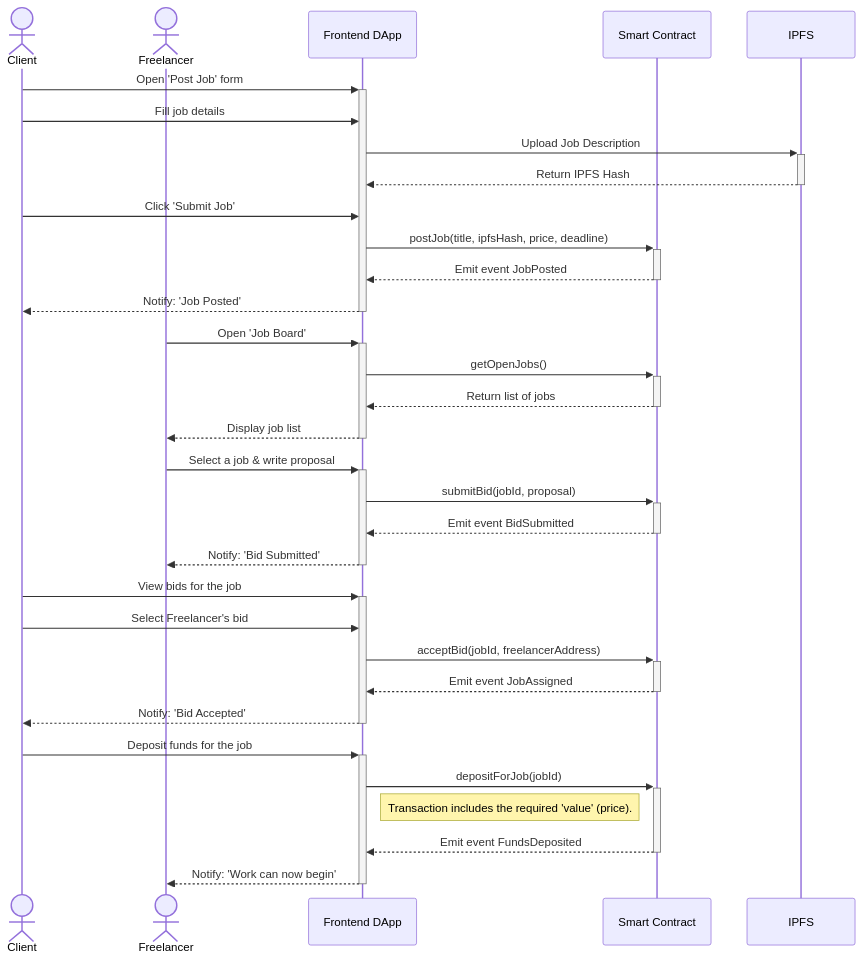
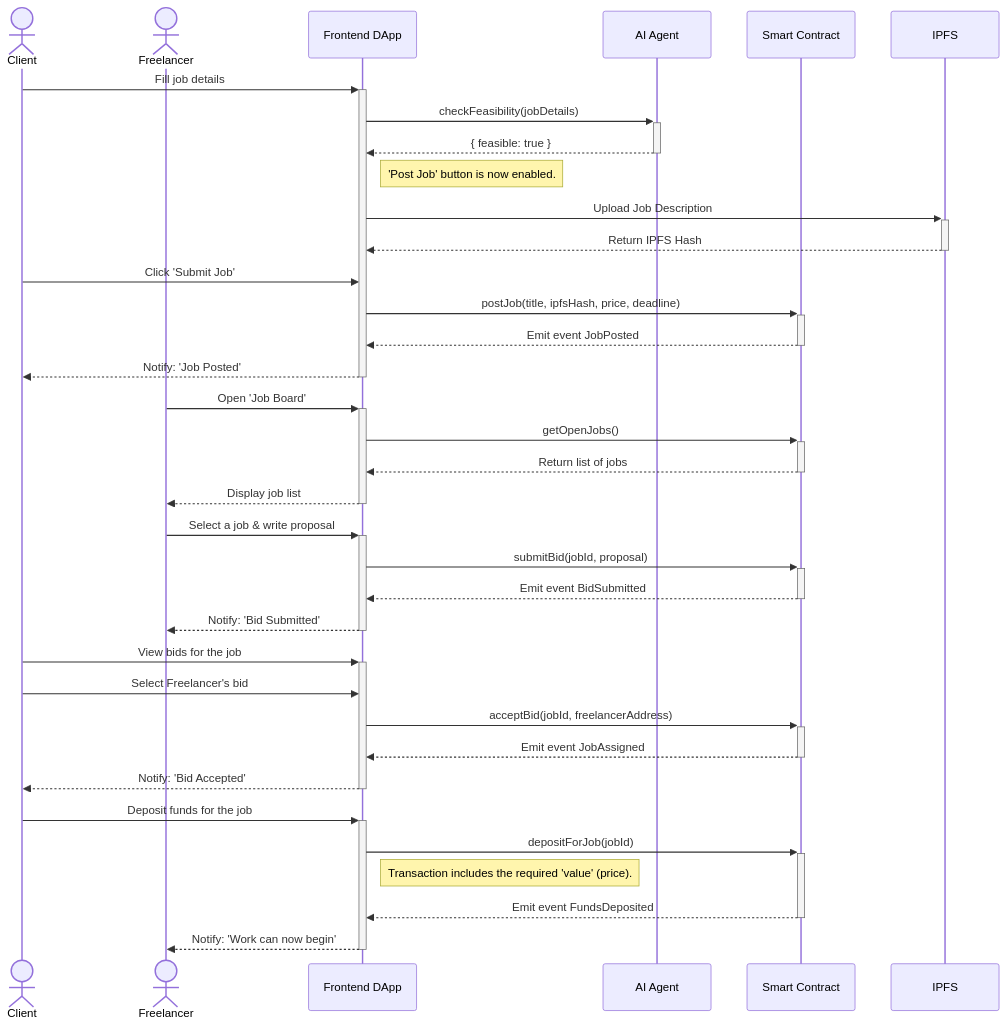
Before and after one commit to zetrosoft/verifi-app: the fourth of 5 diagrams in doc/development_plan.md, drawn with Mermaid. The commit also changed other lines of this file and 46 other files, not shown here.

````diff
--- a/doc/development_plan.md
+++ b/doc/development_plan.md
@@ -224,39 +280,44 @@
 ```mermaid
 sequenceDiagram
     actor Client
     actor Freelancer
     participant DApp as Frontend DApp
+    participant Agent as AI Agent
     participant Contract as Smart Contract
     participant IPFS
 
-    Client->>+DApp: Open 'Post Job' form
-    Client->>DApp: Fill job details
+    Client->>+DApp: Fill job details
+    DApp->>+Agent: checkFeasibility(jobDetails)
+    Agent-->>-DApp: { feasible: true }
+    
+    Note right of DApp: 'Post Job' button is now enabled.
+    
     DApp->>+IPFS: Upload Job Description
     IPFS-->>-DApp: Return IPFS Hash
     Client->>DApp: Click 'Submit Job'
     DApp->>+Contract: postJob(title, ipfsHash, price, deadline)
     Contract-->>-DApp: Emit event JobPosted
     DApp-->>-Client: Notify: 'Job Posted'
 
     Freelancer->>+DApp: Open 'Job Board'
     DApp->>+Contract: getOpenJobs()
     Contract-->>-DApp: Return list of jobs
     DApp-->>-Freelancer: Display job list
 
     Freelancer->>+DApp: Select a job & write proposal
     DApp->>+Contract: submitBid(jobId, proposal)
     Contract-->>-DApp: Emit event BidSubmitted
     DApp-->>-Freelancer: Notify: 'Bid Submitted'
 
     Client->>+DApp: View bids for the job
     Client->>DApp: Select Freelancer's bid
     DApp->>+Contract: acceptBid(jobId, freelancerAddress)
     Contract-->>-DApp: Emit event JobAssigned
     DApp-->>-Client: Notify: 'Bid Accepted'
     
     Client->>+DApp: Deposit funds for the job
     DApp->>+Contract: depositForJob(jobId)
     Note right of DApp: Transaction includes the required 'value' (price).
     Contract-->>-DApp: Emit event FundsDeposited
     DApp-->>-Freelancer: Notify: 'Work can now begin'
 ```
````
